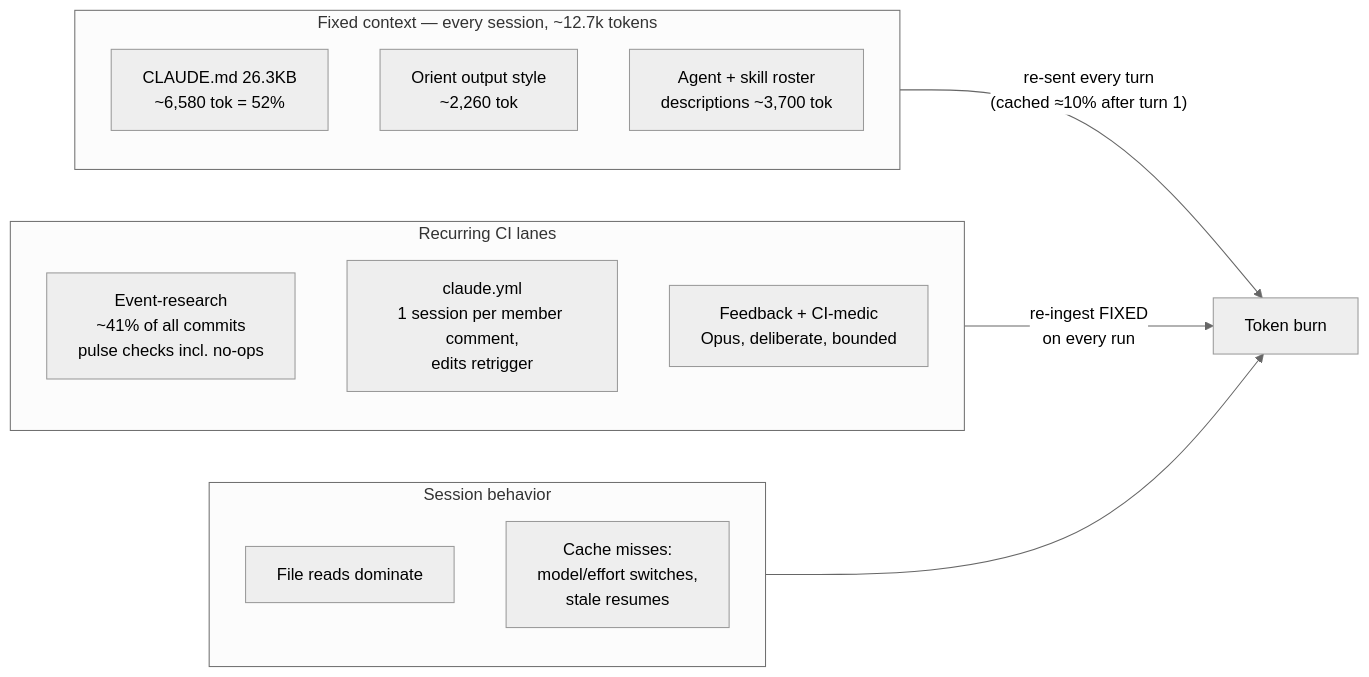
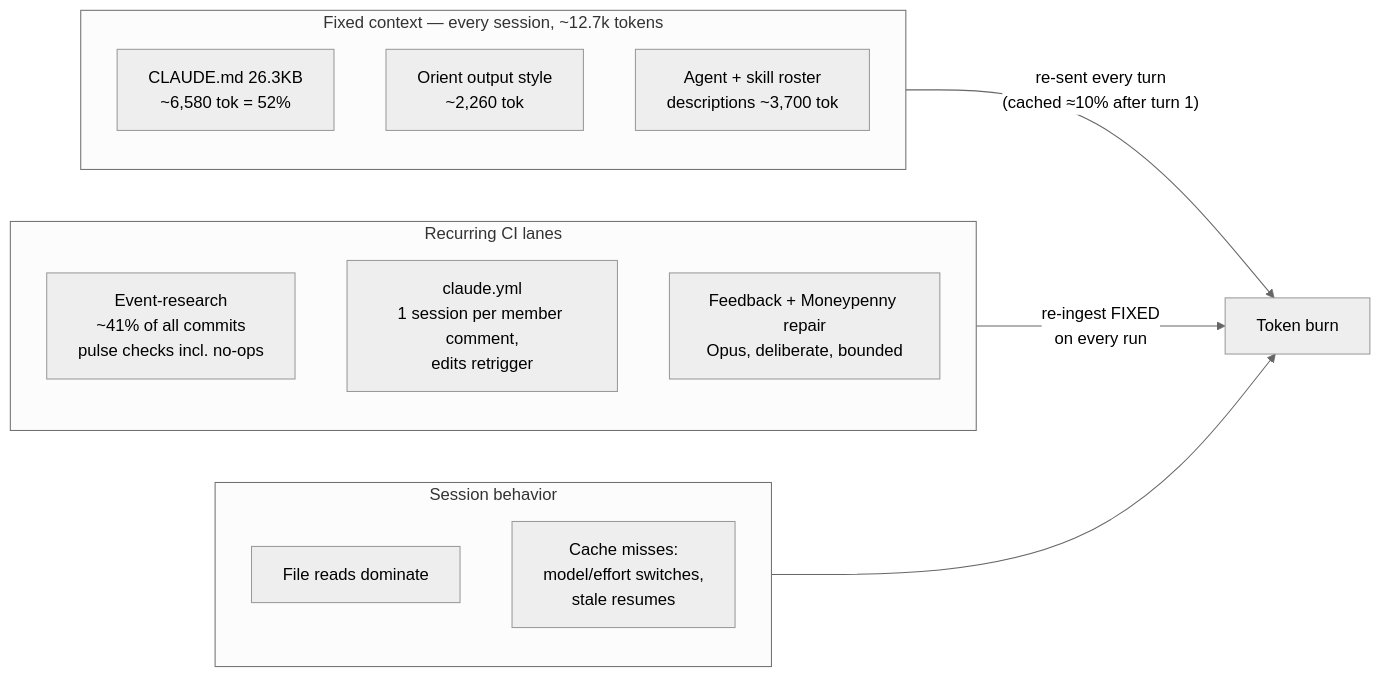
The diagram in docs/process/TOKEN-EFFICIENCY.md (ejclark/skynet-capital), drawn with Mermaid (neutral theme) before and after one commit. The commit also changed other lines of this file and 20 other files, not shown here.

````diff
--- a/docs/process/TOKEN-EFFICIENCY.md
+++ b/docs/process/TOKEN-EFFICIENCY.md
@@ -34,20 +34,20 @@
 ```mermaid
 flowchart LR
     subgraph FIXED["Fixed context — every session, ~12.7k tokens"]
         A["CLAUDE.md 26.3KB<br/>~6,580 tok = 52%"]
         B["Orient output style<br/>~2,260 tok"]
         C["Agent + skill roster<br/>descriptions ~3,700 tok"]
     end
     subgraph LANES["Recurring CI lanes"]
         D["Event-research<br/>~41% of all commits<br/>pulse checks incl. no-ops"]
         E["claude.yml<br/>1 session per member comment,<br/>edits retrigger"]
-        F["Feedback + CI-medic<br/>Opus, deliberate, bounded"]
+        F["Feedback + Moneypenny repair<br/>Opus, deliberate, bounded"]
     end
     subgraph SESSION["Session behavior"]
         G["File reads dominate"]
         H["Cache misses:<br/>model/effort switches,<br/>stale resumes"]
     end
     FIXED -->|"re-sent every turn<br/>(cached ≈10% after turn 1)"| COST["Token burn"]
     LANES -->|"re-ingest FIXED<br/>on every run"| COST
     SESSION --> COST
 ```
````
